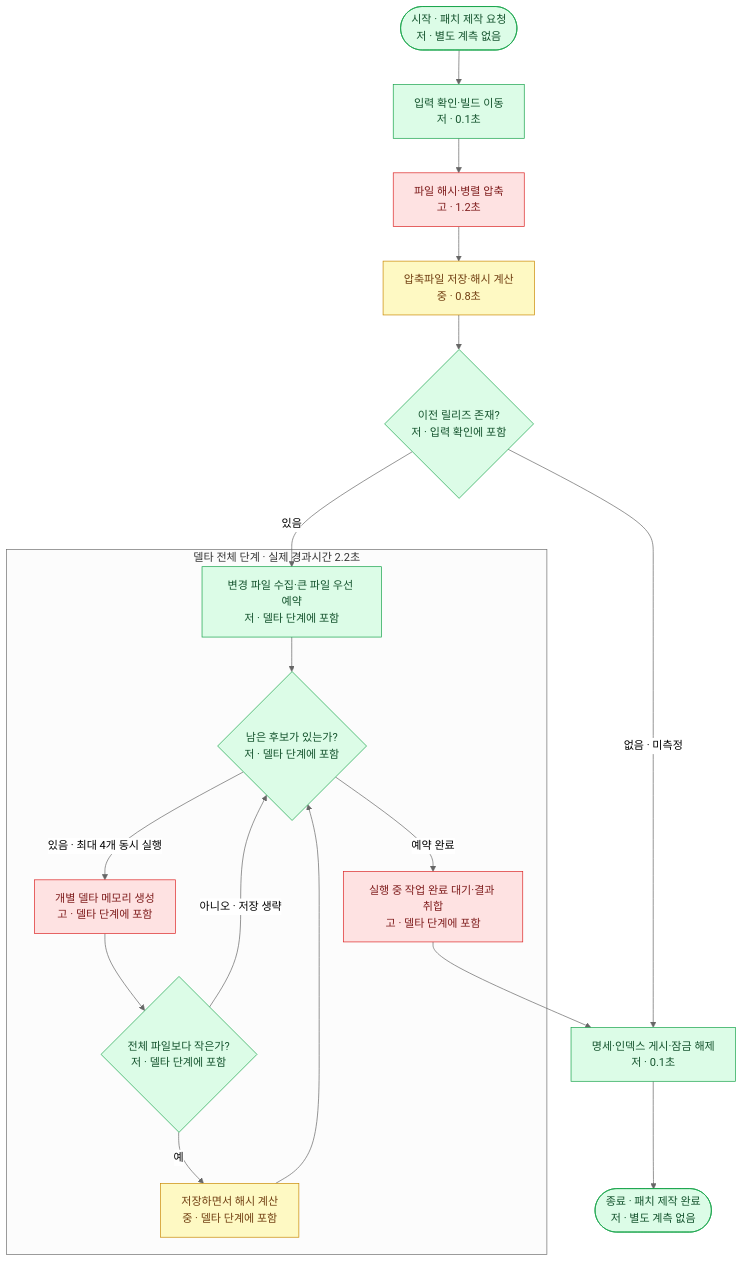
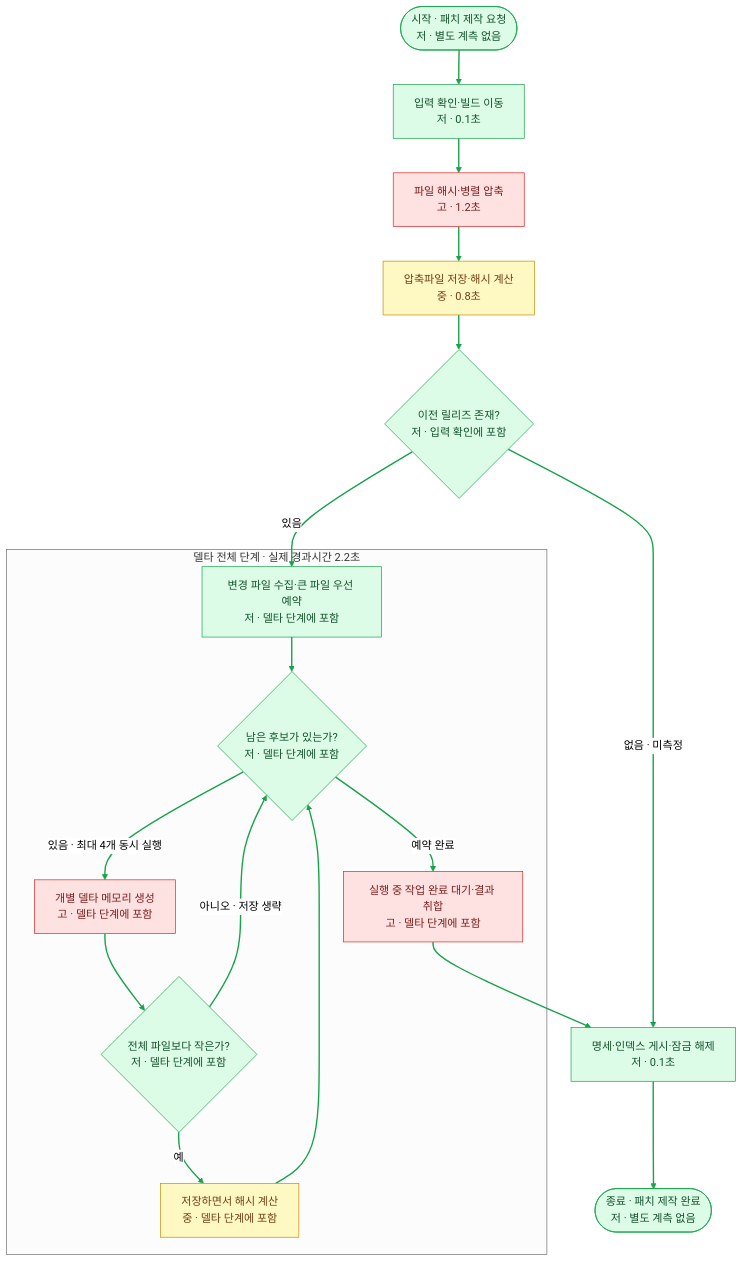
One commit to ParkMinDev/AgentSkills changed the diagram in skills/algorithm-flowchart/references/measurement.md. Above: the diagram before and after it, drawn with Mermaid (neutral theme). The commit also changed other lines of this file and 8 other files, not shown here.

Commit message:
Update task planning lifecycle and multi-flowchart skills; add QA workbook

````diff
--- a/skills/algorithm-flowchart/references/measurement.md
+++ b/skills/algorithm-flowchart/references/measurement.md
@@ -35,26 +42,27 @@
 ```mermaid
 flowchart TD
     START(["시작 · 패치 제작 요청<br/>저 · 별도 계측 없음"]) --> A
     A["입력 확인·빌드 이동<br/>저 · 0.1초"] --> B["파일 해시·병렬 압축<br/>고 · 1.2초"]
     B --> C["압축파일 저장·해시 계산<br/>중 · 0.8초"]
     C --> D{"이전 릴리즈 존재?<br/>저 · 입력 확인에 포함"}
     D -->|없음 · 미측정| K
     D -->|있음| E
     subgraph DELTA["델타 전체 단계 · 실제 경과시간 2.2초"]
         E["변경 파일 수집·큰 파일 우선 예약<br/>저 · 델타 단계에 포함"] --> F{"남은 후보가 있는가?<br/>저 · 델타 단계에 포함"}
         F -->|있음 · 최대 4개 동시 실행| G["개별 델타 메모리 생성<br/>고 · 델타 단계에 포함"]
         G --> H{"전체 파일보다 작은가?<br/>저 · 델타 단계에 포함"}
         H -->|예| I["저장하면서 해시 계산<br/>중 · 델타 단계에 포함"]
         H -->|아니오 · 저장 생략| F
         I --> F
         F -->|예약 완료| J["실행 중 작업 완료 대기·결과 취합<br/>고 · 델타 단계에 포함"]
     end
     J --> K["명세·인덱스 게시·잠금 해제<br/>저 · 0.1초"]
     K --> END(["종료 · 패치 제작 완료<br/>저 · 별도 계측 없음"])
     classDef low fill:#dcfce7,stroke:#16a34a,color:#14532d
     classDef medium fill:#fef9c3,stroke:#ca8a04,color:#713f12
     classDef high fill:#fee2e2,stroke:#dc2626,color:#7f1d1d
     class START,END,A,D,E,F,H,K low
     class C,I medium
     class B,G,J high
+    linkStyle default stroke:#16A34A,stroke-width:2px
 ```
````
